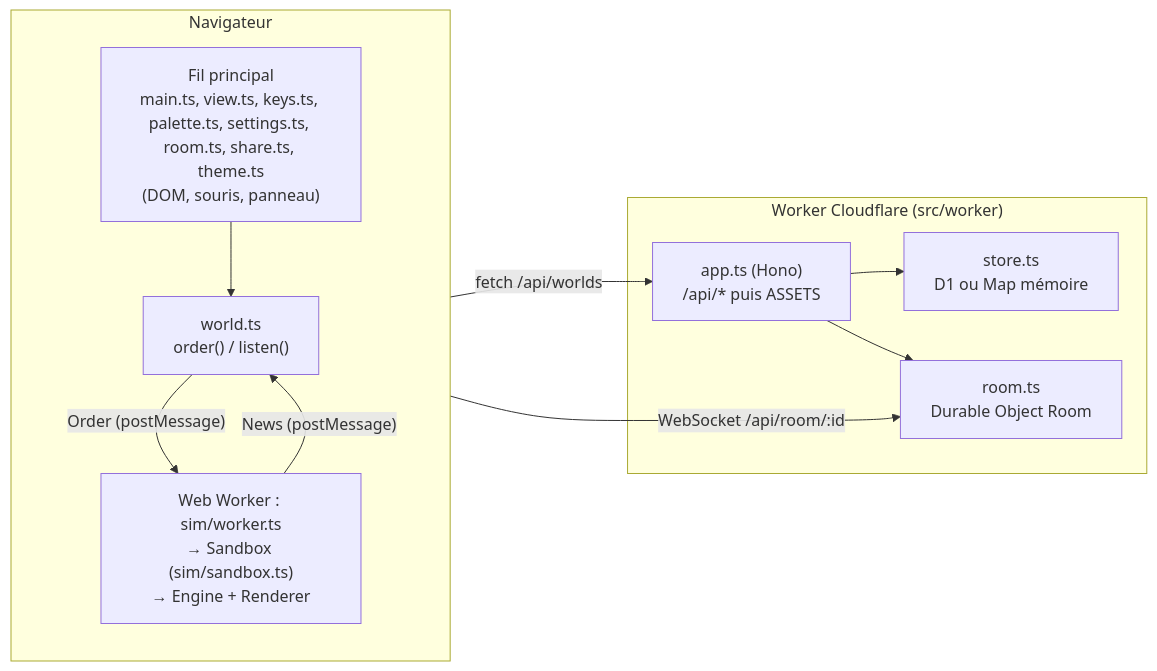
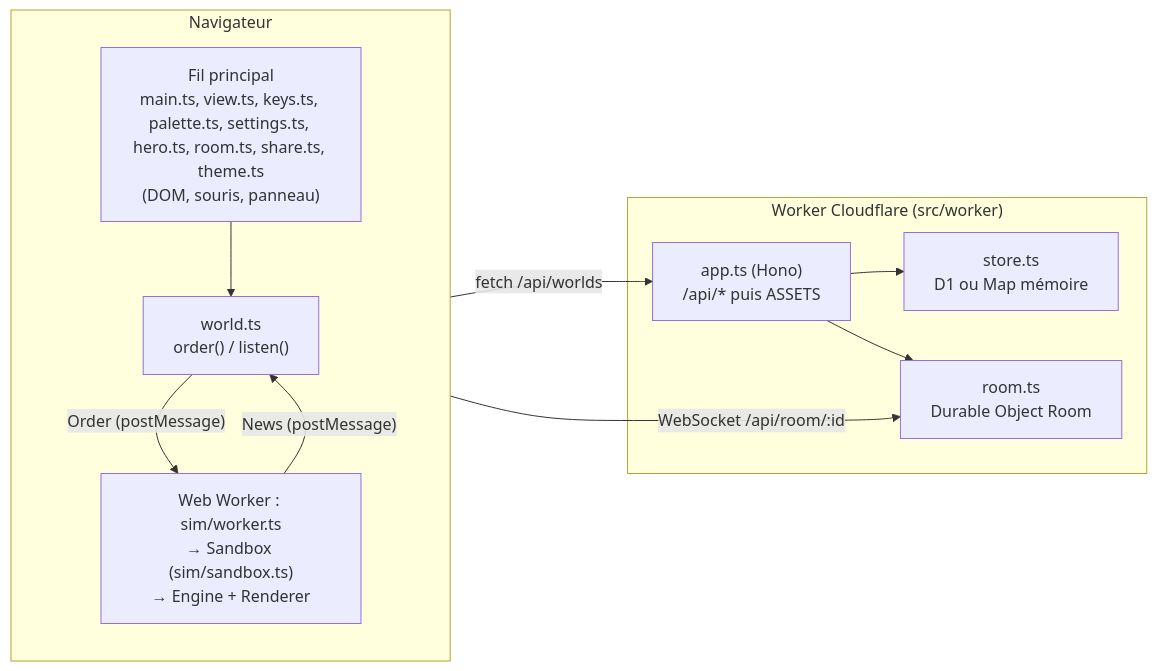
The diagram in docs/agents/architecture.md (Loris01100/SandboxRabbit), drawn with Mermaid before and after one commit. The commit also changed other lines of this file and 5 other files, not shown here.

Commit message:
Refacto main.ts -> hero.ts

````diff
--- a/docs/agents/architecture.md
+++ b/docs/agents/architecture.md
@@ -8,21 +8,21 @@
 ```mermaid
 flowchart LR
   subgraph Navigateur
     direction TB
-    page["Fil principal<br/>main.ts, view.ts, keys.ts, palette.ts, settings.ts, room.ts, share.ts, theme.ts<br/>(DOM, souris, panneau)"]
+    page["Fil principal<br/>main.ts, view.ts, keys.ts, palette.ts, settings.ts, hero.ts, room.ts, share.ts, theme.ts<br/>(DOM, souris, panneau)"]
     world["world.ts<br/>order() / listen()"]
     sim["Web Worker : sim/worker.ts<br/>→ Sandbox (sim/sandbox.ts)<br/>→ Engine + Renderer"]
     page --> world
     world -- "Order (postMessage)" --> sim
     sim -- "News (postMessage)" --> world
   end
   subgraph Cloudflare["Worker Cloudflare (src/worker)"]
     app["app.ts (Hono)<br/>/api/* puis ASSETS"]
     store["store.ts<br/>D1 ou Map mémoire"]
     room["room.ts<br/>Durable Object Room"]
     app --> store
     app --> room
   end
   page -- "fetch /api/worlds" --> app
   page -- "WebSocket /api/room/:id" --> room
 ```
````
